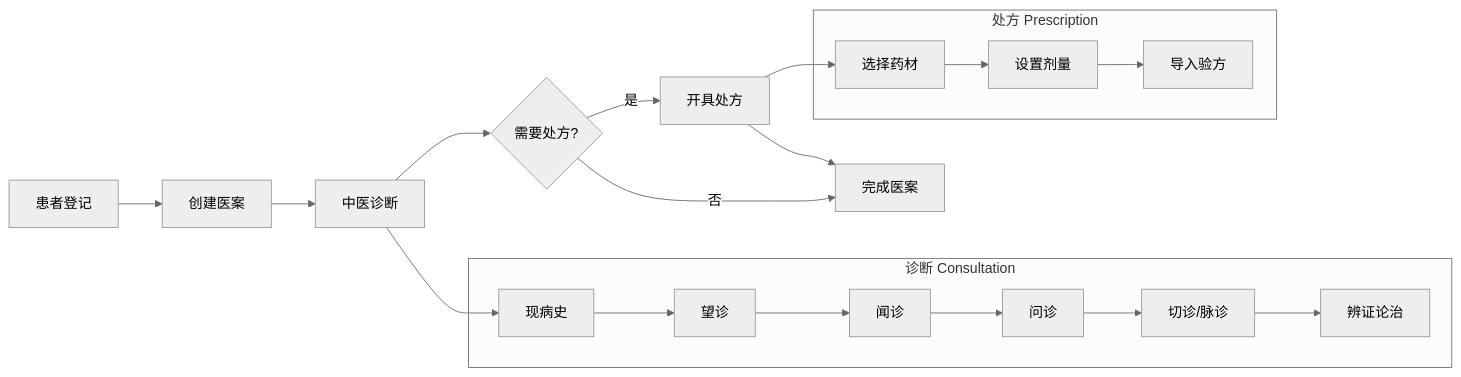
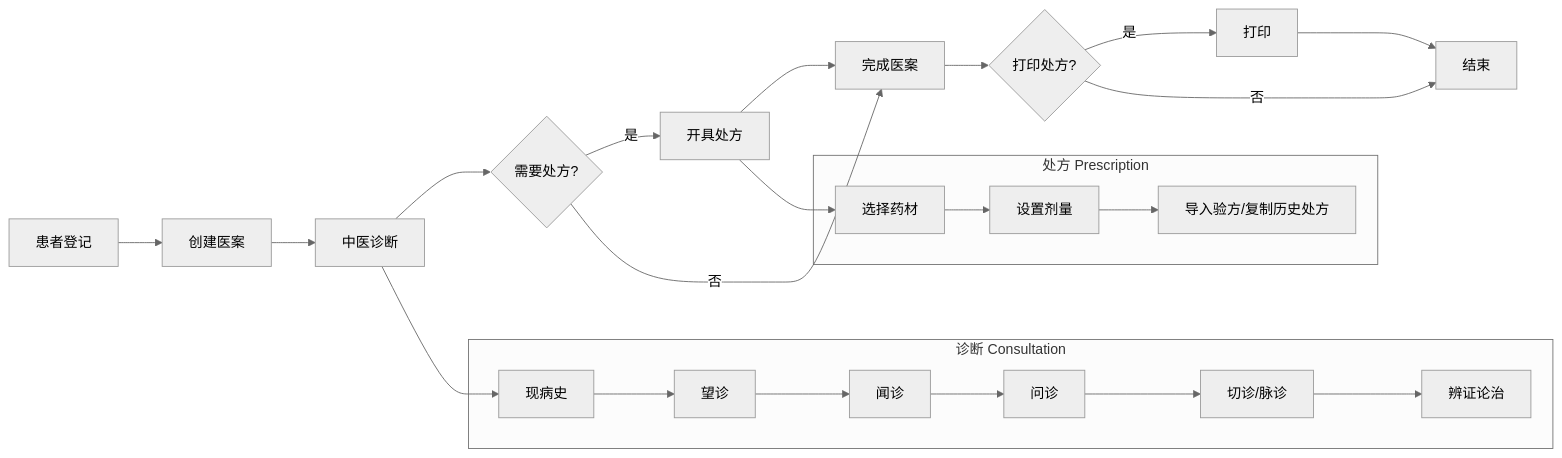
One commit to shouqitao/LYBTZYZS changed the first of 6 diagrams in docs/01-product/vision.md. Above: the diagram before and after it, drawn with Mermaid (neutral theme). The commit also changed other lines of this file and 26 other files, not shown here.

````diff
--- a/docs/01-product/vision.md
+++ b/docs/01-product/vision.md
@@ -27,26 +27,30 @@
 ```mermaid
 flowchart LR
     A[患者登记] --> B[创建医案]
     B --> C[中医诊断]
     C --> D{需要处方?}
     D -->|是| E[开具处方]
     D -->|否| F[完成医案]
     E --> F
+    F --> G{打印处方?}
+    G -->|是| H[打印]
+    G -->|否| I[结束]
+    H --> I
 
     subgraph 诊断 Consultation
         C1[现病史] --> C2[望诊]
         C2 --> C3[闻诊]
         C3 --> C4[问诊]
         C4 --> C5[切诊/脉诊]
         C5 --> C6[辨证论治]
     end
 
     C --> C1
 
     subgraph 处方 Prescription
         E1[选择药材] --> E2[设置剂量]
-        E2 --> E3[导入验方]
+        E2 --> E3[导入验方/复制历史处方]
     end
 
     E --> E1
 ```
````
